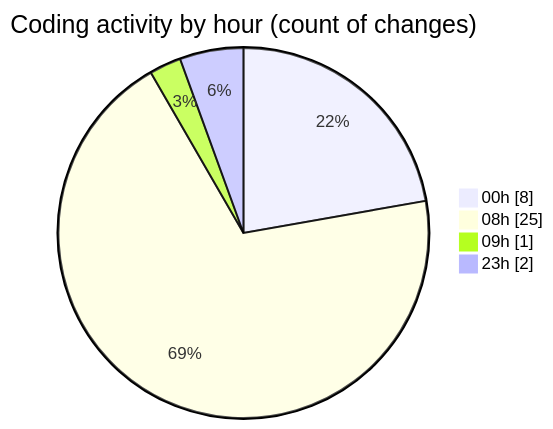
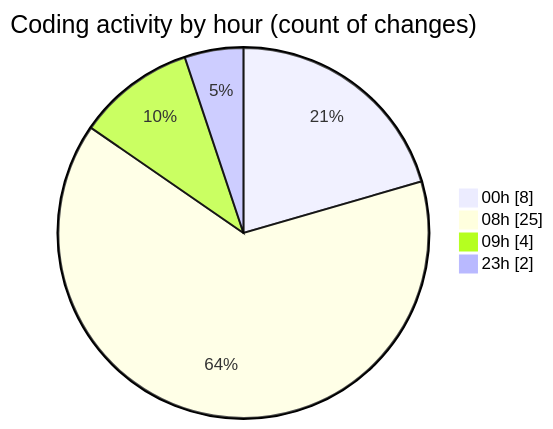
One commit to EIIisD/code-tracking changed the second of 2 diagrams in 2025-08-13/ribbon/README.md. Above: the diagram before and after it, drawn with Mermaid. The commit also changed other lines of this file and 1 other file, not shown here.

````diff
--- a/2025-08-13/ribbon/README.md
+++ b/2025-08-13/ribbon/README.md
@@ -35,8 +35,8 @@
 ```mermaid
 pie showData
 title Coding activity by hour (count of changes)
 "00h" : 8
 "08h" : 25
-"09h" : 1
+"09h" : 4
 "23h" : 2
 ```
````
